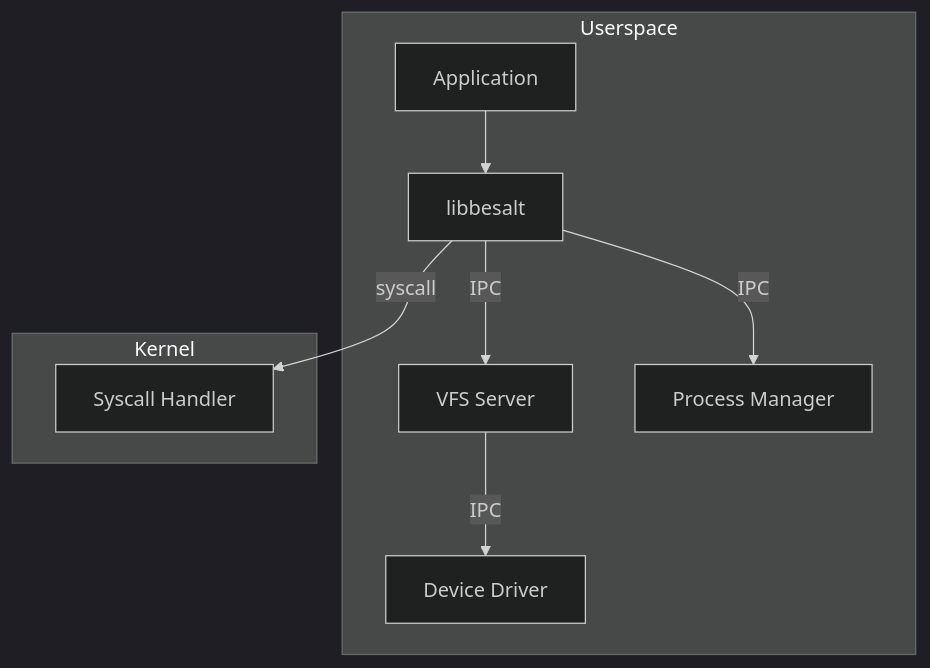
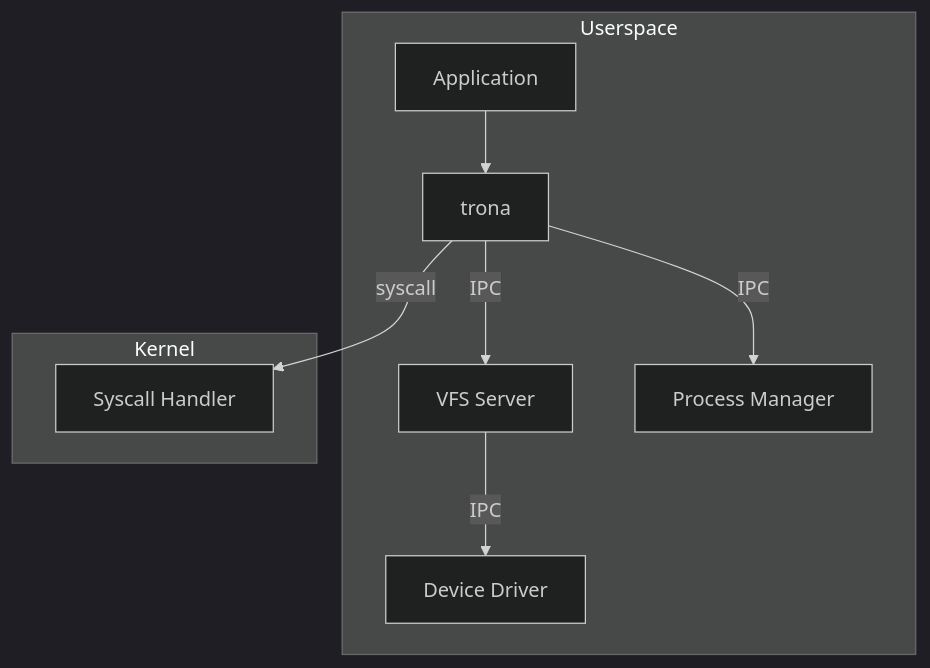
One commit to SaltyOS/SaltyOS changed the sixth of 6 diagrams in docs/ARCHITECTURE.md. Above: the diagram before and after it, drawn with Mermaid (dark theme). The commit also changed other lines of this file and 16 other files, not shown here.

````diff
--- a/docs/ARCHITECTURE.md
+++ b/docs/ARCHITECTURE.md
@@ -348,21 +348,21 @@
 ```mermaid
 graph TB
     subgraph Userspace
         APP[Application]
-        LIBSALTY[libbesalt]
+        LIBSALTY[trona]
         VFS[VFS Server]
         PROCMGR[Process Manager]
         DRIVER[Device Driver]
     end
     
     APP --> LIBSALTY
     LIBSALTY -->|IPC| VFS
     LIBSALTY -->|IPC| PROCMGR
     VFS -->|IPC| DRIVER
     
     subgraph Kernel
         SYSCALL[Syscall Handler]
     end
     
     LIBSALTY -->|syscall| SYSCALL
 ```
````
